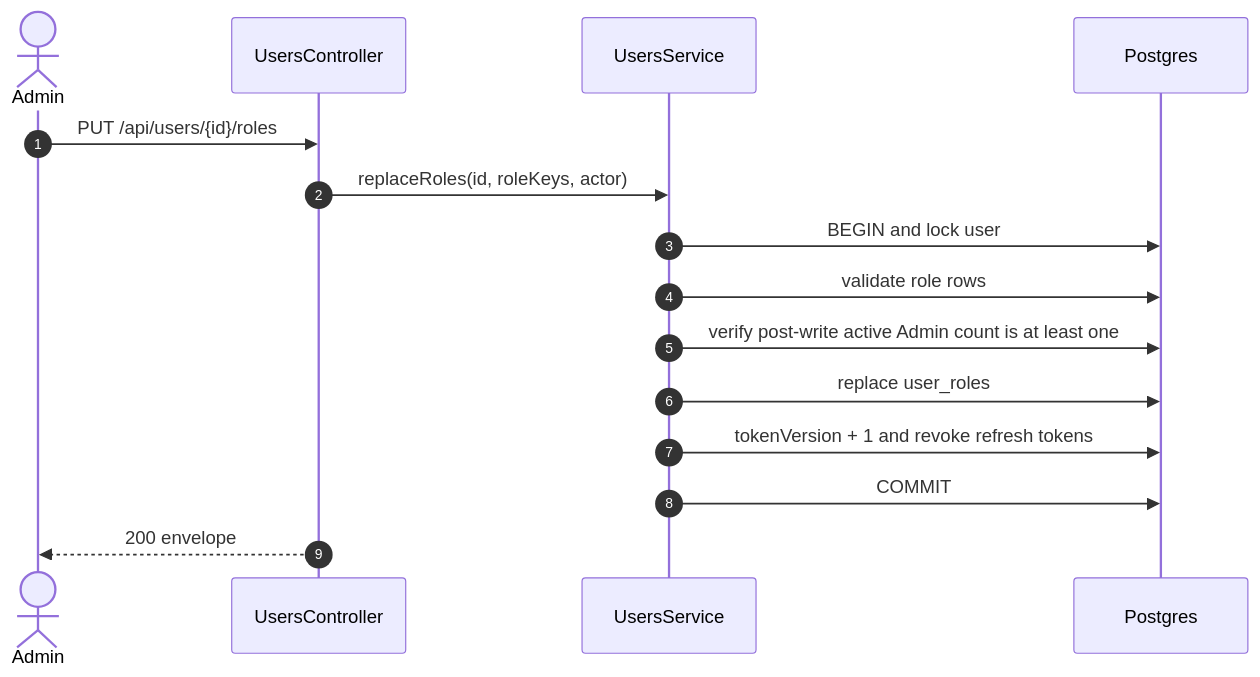
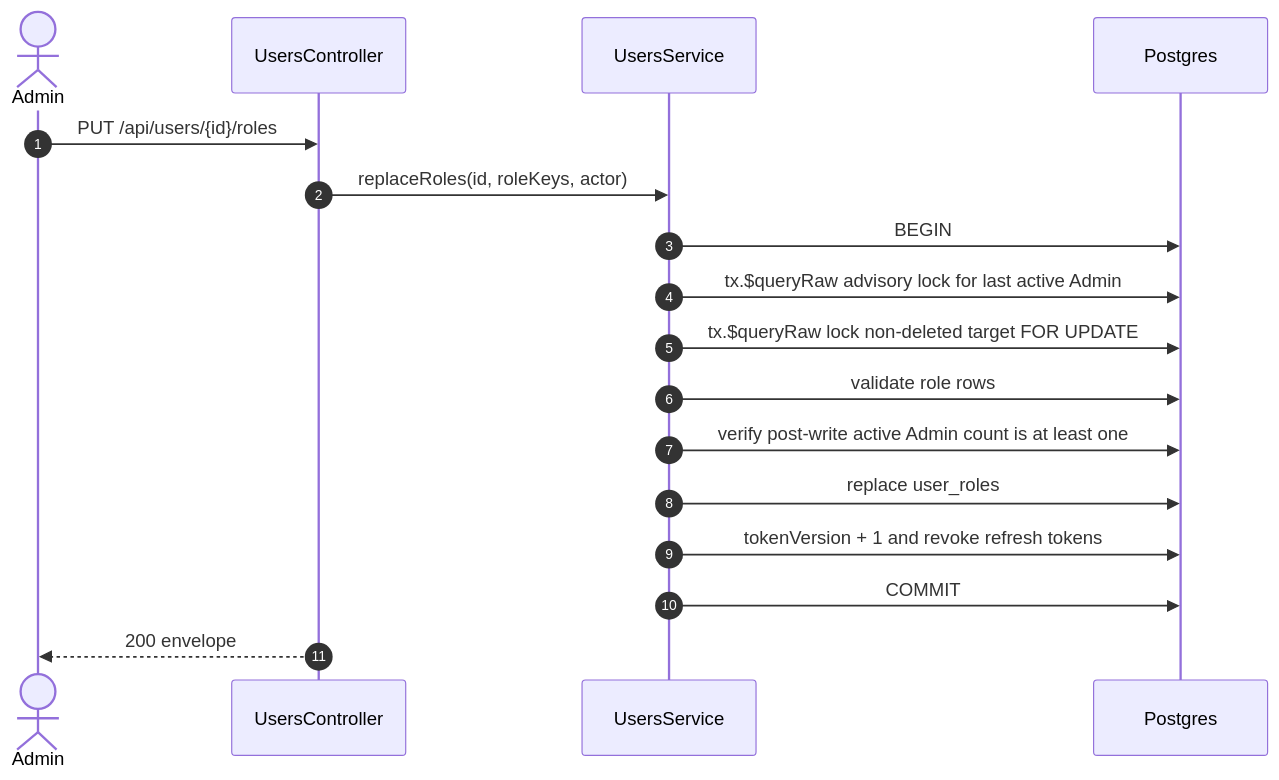
The second of 2 diagrams in specs/auth/api-design/14-put-users-roles.md (TrekLink-Team/treklink-web), drawn with Mermaid before and after one commit. The commit also changed other lines of this file and 3 other files, not shown here.

Commit message:
docs(TK-22): serialize last-admin guard

````diff
--- a/specs/auth/api-design/14-put-users-roles.md
+++ b/specs/auth/api-design/14-put-users-roles.md
@@ -97,17 +98,19 @@
 ```mermaid
 sequenceDiagram
     autonumber
     actor Admin
     participant Controller as UsersController
     participant Service as UsersService
     participant DB as Postgres
     Admin->>Controller: PUT /api/users/{id}/roles
     Controller->>Service: replaceRoles(id, roleKeys, actor)
-    Service->>DB: BEGIN and lock user
+    Service->>DB: BEGIN
+    Service->>DB: tx.$queryRaw advisory lock for last active Admin
+    Service->>DB: tx.$queryRaw lock non-deleted target FOR UPDATE
     Service->>DB: validate role rows
     Service->>DB: verify post-write active Admin count is at least one
     Service->>DB: replace user_roles
     Service->>DB: tokenVersion + 1 and revoke refresh tokens
     Service->>DB: COMMIT
     Controller-->>Admin: 200 envelope
 ```
````
